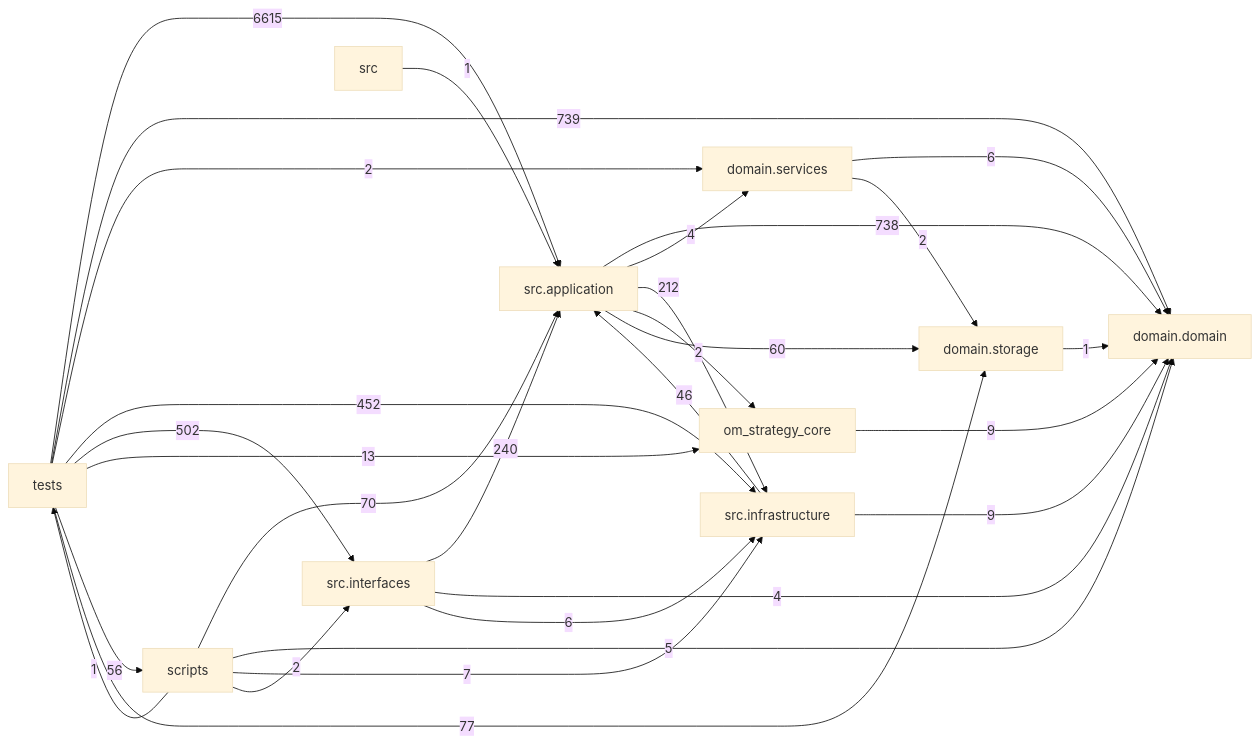
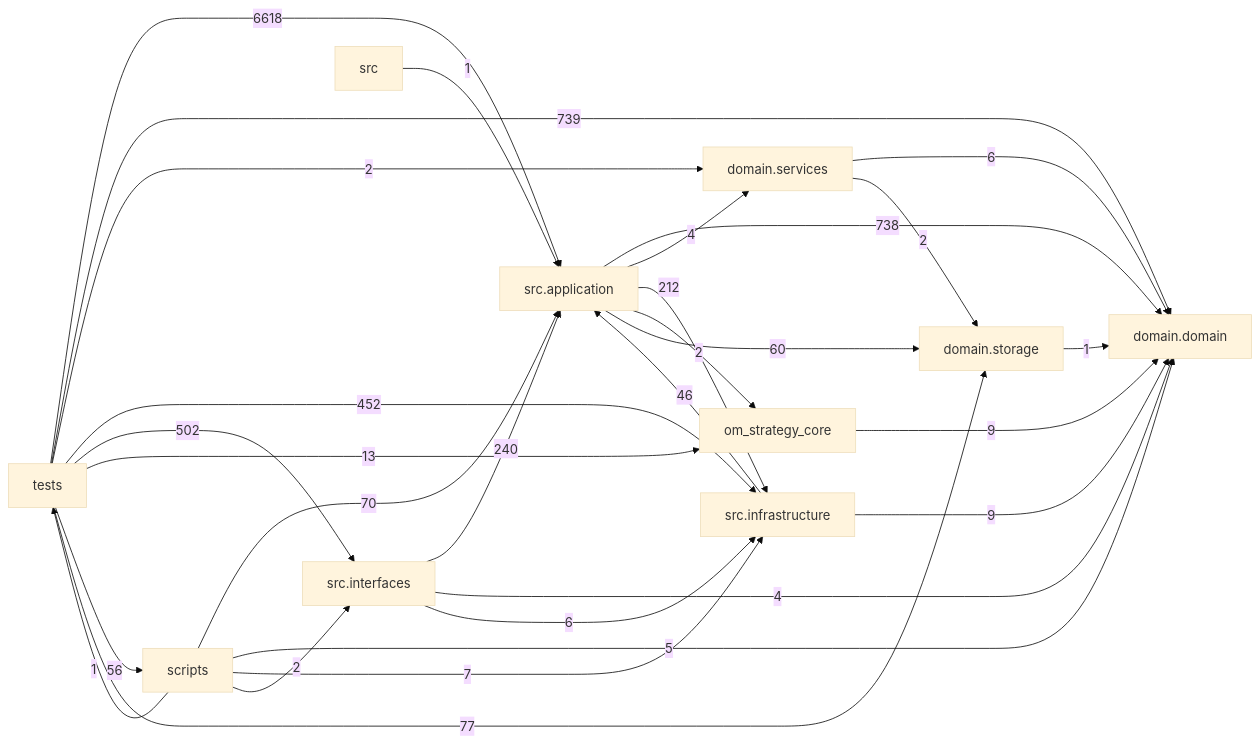
The diagram in docs/DEPENDENCY_GRAPH.md (liuxie066/options-monitor), drawn with Mermaid (base theme) before and after one commit. The commit also changed other lines of this file and 3 other files, not shown here.

````diff
--- a/docs/DEPENDENCY_GRAPH.md
+++ b/docs/DEPENDENCY_GRAPH.md
@@ -24,39 +24,39 @@
 ```mermaid
 flowchart LR
   tests["tests"]
   scripts["scripts"]
   interfaces["src.interfaces"]
   application["src.application"]
   infrastructure["src.infrastructure"]
   domain_services["domain.services"]
   domain["domain.domain"]
   storage["domain.storage"]
   application -->|738| domain
   application -->|4| domain_services
   application -->|212| infrastructure
   application -->|2| om_strategy_core
   application -->|60| storage
   domain_services -->|6| domain
   domain_services -->|2| storage
   infrastructure -->|46| application
   infrastructure -->|9| domain
   interfaces -->|240| application
   interfaces -->|4| domain
   interfaces -->|6| infrastructure
   om_strategy_core -->|9| domain
   scripts -->|70| application
   scripts -->|5| domain
   scripts -->|7| infrastructure
   scripts -->|2| interfaces
   scripts -->|1| tests
   src -->|1| application
   storage -->|1| domain
-  tests -->|6615| application
+  tests -->|6618| application
   tests -->|739| domain
   tests -->|2| domain_services
   tests -->|452| infrastructure
   tests -->|502| interfaces
   tests -->|13| om_strategy_core
   tests -->|56| scripts
   tests -->|77| storage
 ```
````
